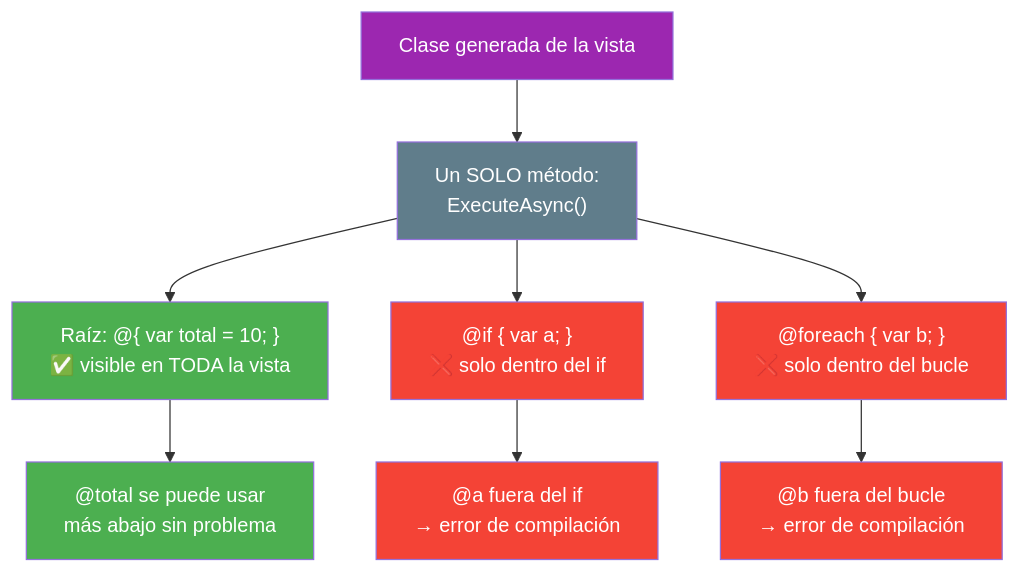
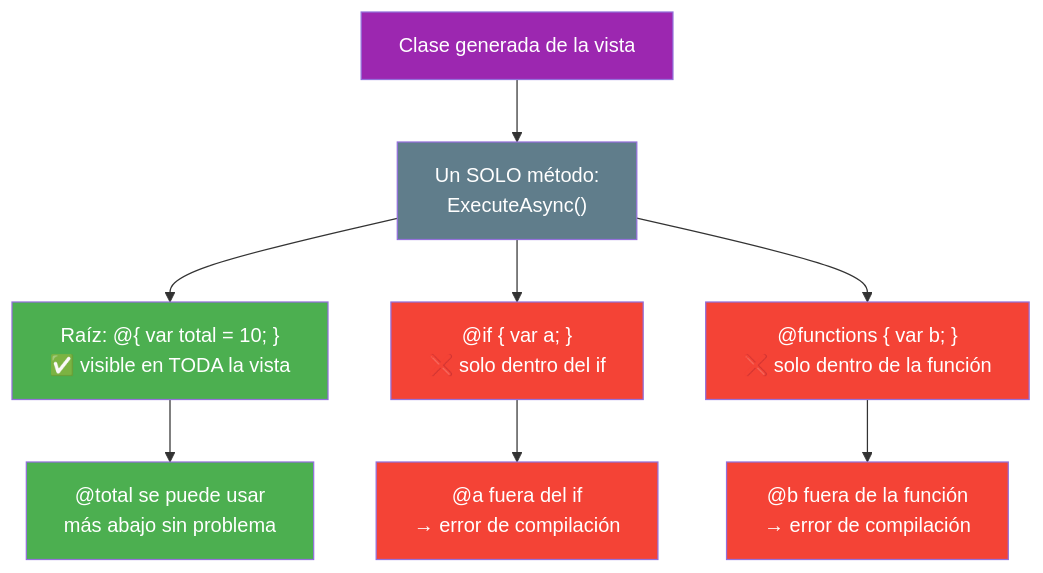
The fifth of 7 diagrams in 02-directivas-sintaxis.md (joseluisgs/DesarrolloWebEntornosServidor-03-2026-2027), drawn with Mermaid before and after one commit. The commit also changed other lines of this file, not shown here.

````diff
--- a/02-directivas-sintaxis.md
+++ b/02-directivas-sintaxis.md
@@ -518,21 +562,21 @@
 ```mermaid
 graph TD
     A["Clase generada de la vista"] --> B["Un SOLO método:<br/>ExecuteAsync()"]
 
     B --> C["Raíz: @{ var total = 10; }<br/>✅ visible en TODA la vista"]
     B --> D["@if { var a; }<br/>❌ solo dentro del if"]
-    B --> E["@foreach { var b; }<br/>❌ solo dentro del bucle"]
+    B --> E["@functions { var b; }<br/>❌ solo dentro de la función"]
 
     C --> C1["@total se puede usar<br/>más abajo sin problema"]
     D --> D1["@a fuera del if<br/>→ error de compilación"]
-    E --> E1["@b fuera del bucle<br/>→ error de compilación"]
+    E --> E1["@b fuera de la función<br/>→ error de compilación"]
 
     style A fill:#9C27B0,color:#fff
     style B fill:#607D8B,color:#fff
     style C fill:#4CAF50,color:#fff
     style D fill:#f44336,color:#fff
     style E fill:#f44336,color:#fff
     style C1 fill:#4CAF50,color:#fff
     style D1 fill:#f44336,color:#fff
     style E1 fill:#f44336,color:#fff
 ```
````
